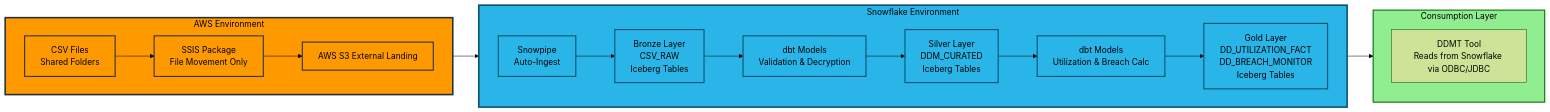
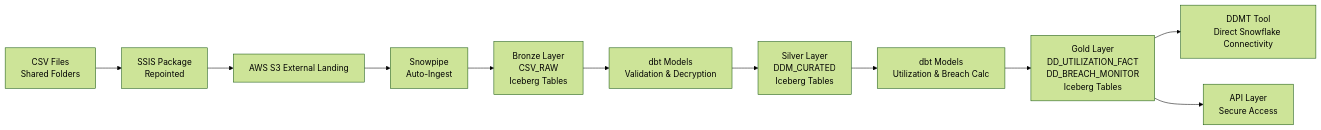
Before and after one commit to sfc-gh-mhindi/REPO_CBA: diagram 14 of 19 in 15-BB-QPD Future State/QPD - Future State.md, drawn with Mermaid (forest theme). The commit also changed other lines of this file, not shown here.

````diff
--- a/15-BB-QPD Future State/QPD - Future State.md
+++ b/15-BB-QPD Future State/QPD - Future State.md
@@ -1796,49 +1420,13 @@
 ```mermaid
 graph LR
-    subgraph AWS["AWS Environment"]
-        direction LR
-        Source2[CSV Files<br/>Shared Folders]
-        SSIS2[SSIS Package<br/>File Movement Only]
-        S3_2[AWS S3 External Landing]
-        
-        Source2 --> SSIS2
-        SSIS2 --> S3_2
-    end
-    
-    subgraph Snowflake["Snowflake Environment"]
-        direction LR
-        Snowpipe2[Snowpipe<br/>Auto-Ingest]
-        Bronze2[Bronze Layer<br/>CSV_RAW<br/>Iceberg Tables]
-        dbt_silver[dbt Models<br/>Validation & Decryption]
-        Silver[Silver Layer<br/>DDM_CURATED<br/>Iceberg Tables]
-        dbt_gold[dbt Models<br/>Utilization & Breach Calc]
-        Gold[Gold Layer<br/>DD_UTILIZATION_FACT<br/>DD_BREACH_MONITOR<br/>Iceberg Tables]
-        
-        Snowpipe2 --> Bronze2
-        Bronze2 --> dbt_silver
-        dbt_silver --> Silver
-        Silver --> dbt_gold
-        dbt_gold --> Gold
-    end
-    
-    subgraph Consumption2["Consumption Layer"]
-        direction TB
-        DDMT2[DDMT Tool<br/>Reads from Snowflake via ODBC/JDBC]
-    end
-    
-    S3_2 --> Snowpipe2
-    Gold --> DDMT2
-    
-    style AWS fill:#ff9900,stroke:#232f3e,stroke-width:3px,color:#000
-    style Snowflake fill:#29b5e8,stroke:#0c4d6b,stroke-width:3px,color:#000
-    style Consumption2 fill:#90ee90,stroke:#006400,stroke-width:2px,color:#000
-    style Source2 fill:#ff9900,stroke:#232f3e,stroke-width:2px,color:#000
-    style SSIS2 fill:#ff9900,stroke:#232f3e,stroke-width:2px,color:#000
-    style S3_2 fill:#ff9900,stroke:#232f3e,stroke-width:2px,color:#000
-    style Snowpipe2 fill:#29b5e8,stroke:#0c4d6b,stroke-width:2px,color:#000
-    style Bronze2 fill:#29b5e8,stroke:#0c4d6b,stroke-width:2px,color:#000
-    style dbt_silver fill:#29b5e8,stroke:#0c4d6b,stroke-width:2px,color:#000
-    style Silver fill:#29b5e8,stroke:#0c4d6b,stroke-width:2px,color:#000
-    style dbt_gold fill:#29b5e8,stroke:#0c4d6b,stroke-width:2px,color:#000
-    style Gold fill:#29b5e8,stroke:#0c4d6b,stroke-width:2px,color:#000
+    Source[CSV Files<br/>Shared Folders] --> SSIS[SSIS Package<br/>Repointed]
+    SSIS --> S3[AWS S3 External Landing]
+    S3 --> Snowpipe[Snowpipe<br/>Auto-Ingest]
+    Snowpipe --> Bronze[Bronze Layer<br/>CSV_RAW<br/>Iceberg Tables]
+    Bronze --> dbt_silver[dbt Models<br/>Validation & Decryption]
+    dbt_silver --> Silver[Silver Layer<br/>DDM_CURATED<br/>Iceberg Tables]
+    Silver --> dbt_gold[dbt Models<br/>Utilization & Breach Calc]
+    dbt_gold --> Gold[Gold Layer<br/>DD_UTILIZATION_FACT<br/>DD_BREACH_MONITOR<br/>Iceberg Tables]
+    Gold --> DDMT[DDMT Tool<br/>Direct Snowflake Connectivity]
+    Gold --> API[API Layer<br/>Secure Access]
 ```
````
